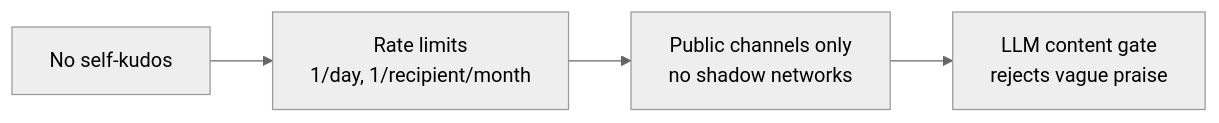
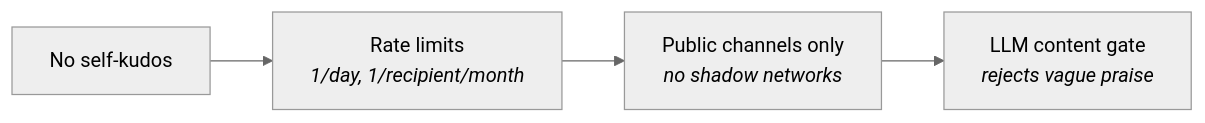
One commit to samanklesaria/kudos-bot changed the third of 5 diagrams in presentation/slideshow.md. Above: the diagram before and after it, drawn with Mermaid (neutral theme). The commit also changed other lines of this file and 17 other files, not shown here.

````diff
--- a/presentation/slideshow.md
+++ b/presentation/slideshow.md
@@ -38,6 +38,6 @@
 ```mermaid
 graph LR
-    L1["No self-kudos"] --> L2["Rate limits<br>1/day, 1/recipient/month"]
-    L2 --> L3["Public channels only<br>no shadow networks"]
-    L3 --> L4["LLM content gate<br>rejects vague praise"]
+    L1["No self-kudos"] --> L2["Rate limits<br><i>1/day, 1/recipient/month</i>"]
+    L2 --> L3["Public channels only<br><i>no shadow networks</i>"]
+    L3 --> L4["LLM content gate<br><i>rejects vague praise</i>"]
 ```
````
